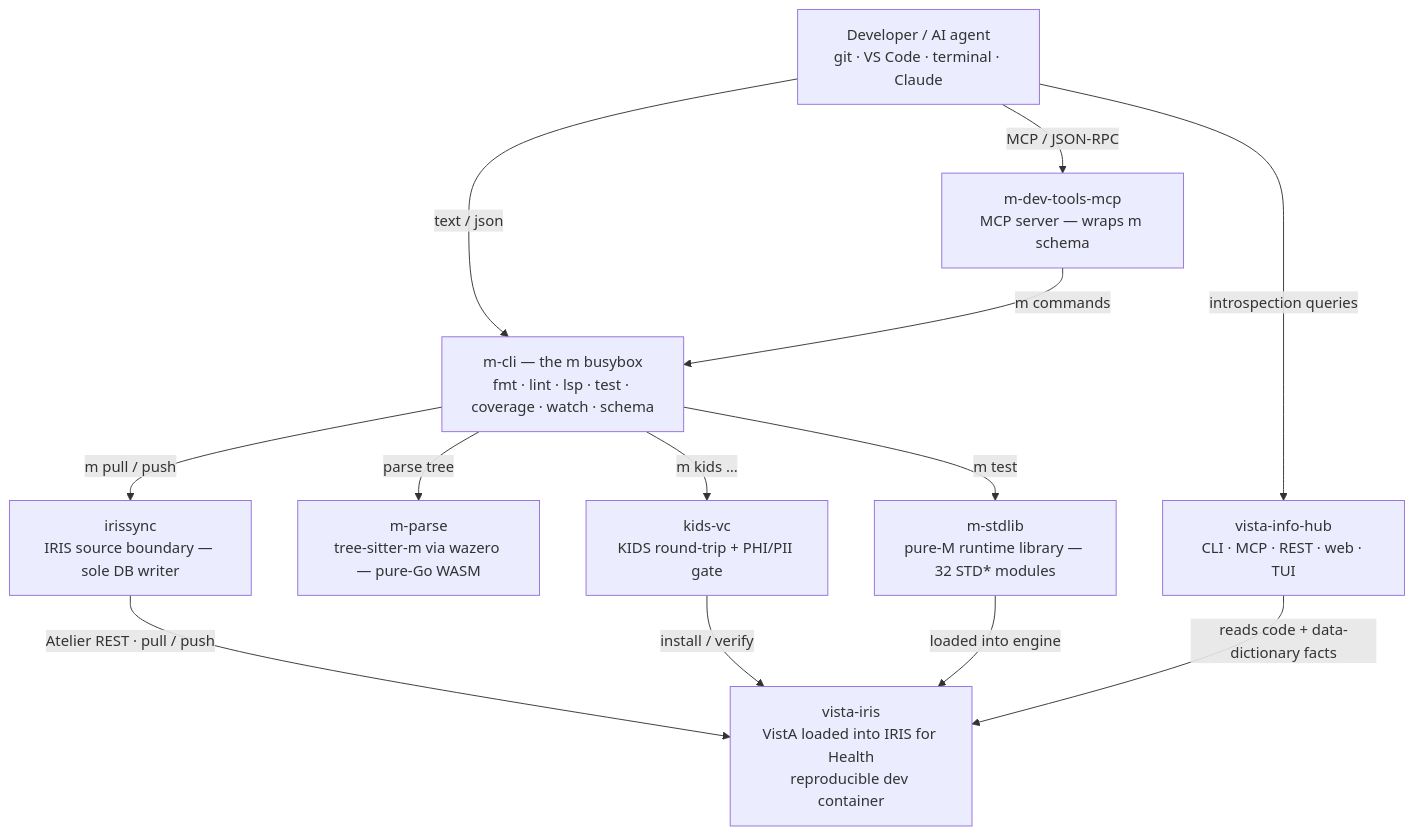
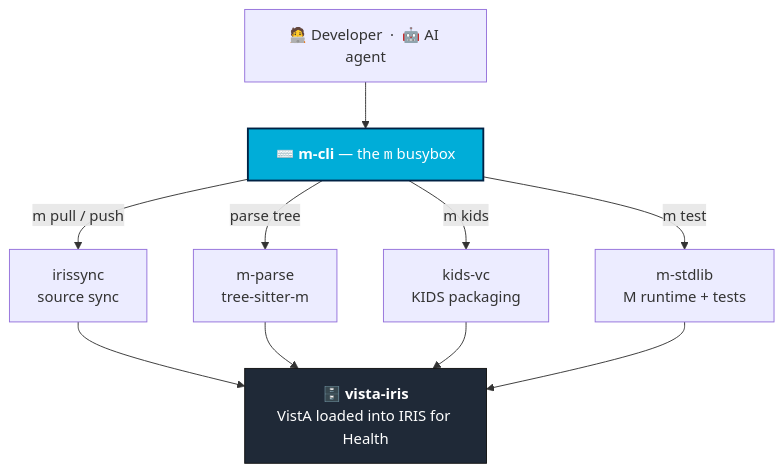
Before and after one commit to vista-cloud-dev/.github: the first of 2 diagrams in profile/README.md, drawn with Mermaid. The commit also changed other lines of this file, not shown here.

First line of the commit message:
docs: simplify architecture into two focused diagrams

````diff
--- a/profile/README.md
+++ b/profile/README.md
@@ -90,19 +86,20 @@
 ```mermaid
 flowchart TB
-    dev["Developer / AI agent<br/>git · VS Code · terminal · Claude"]
+    user["🧑‍💻 Developer&nbsp;&nbsp;·&nbsp;&nbsp;🤖 AI agent"]
+    user --> mcli["⌨️ <b>m-cli</b> — the <code>m</code> busybox"]
 
-    dev -->|MCP / JSON-RPC| mcp["m-dev-tools-mcp<br/>MCP server — wraps m schema"]
-    dev -->|text / json| mcli
-    dev -->|introspection queries| hub["vista-info-hub<br/>CLI · MCP · REST · web · TUI"]
-    mcp -->|m commands| mcli["m-cli — the m busybox<br/>fmt · lint · lsp · test · coverage · watch · schema"]
+    mcli -->|m pull / push| irissync["irissync<br/>source sync"]
+    mcli -->|parse tree| mparse["m-parse<br/>tree-sitter-m"]
+    mcli -->|m kids| kidsvc["kids-vc<br/>KIDS packaging"]
+    mcli -->|m test| stdlib["m-stdlib<br/>M runtime + tests"]
 
-    mcli -->|parse tree| mparse["m-parse<br/>tree-sitter-m via wazero — pure-Go WASM"]
-    mcli -->|m pull / push| irissync["irissync<br/>IRIS source boundary — sole DB writer"]
-    mcli -->|m kids …| kidsvc["kids-vc<br/>KIDS round-trip + PHI/PII gate"]
-    mcli -->|m test| stdlib["m-stdlib<br/>pure-M runtime library — 32 STD* modules"]
+    irissync --> vistairis["🗄️ <b>vista-iris</b><br/>VistA loaded into IRIS for Health"]
+    mparse --> vistairis
+    kidsvc --> vistairis
+    stdlib --> vistairis
 
-    irissync -->|Atelier REST · pull / push| vistairis["vista-iris<br/>VistA loaded into IRIS for Health<br/>reproducible dev container"]
-    kidsvc -->|install / verify| vistairis
-    stdlib -->|loaded into engine| vistairis
-    hub -->|reads code + data-dictionary facts| vistairis
+    classDef center fill:#00ADD8,stroke:#024,stroke-width:2px,color:#fff;
+    classDef engine fill:#1f2937,stroke:#111,color:#fff;
+    class mcli center;
+    class vistairis engine;
 ```
````
